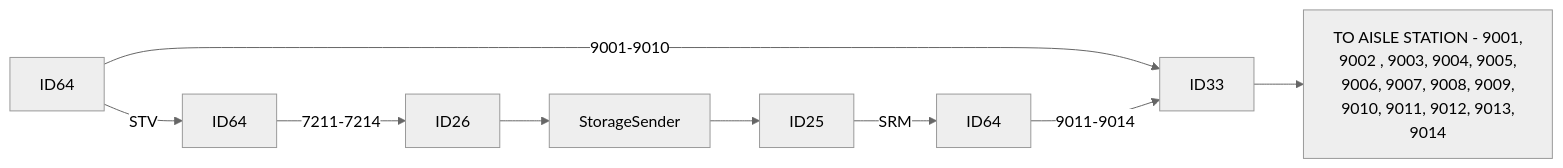
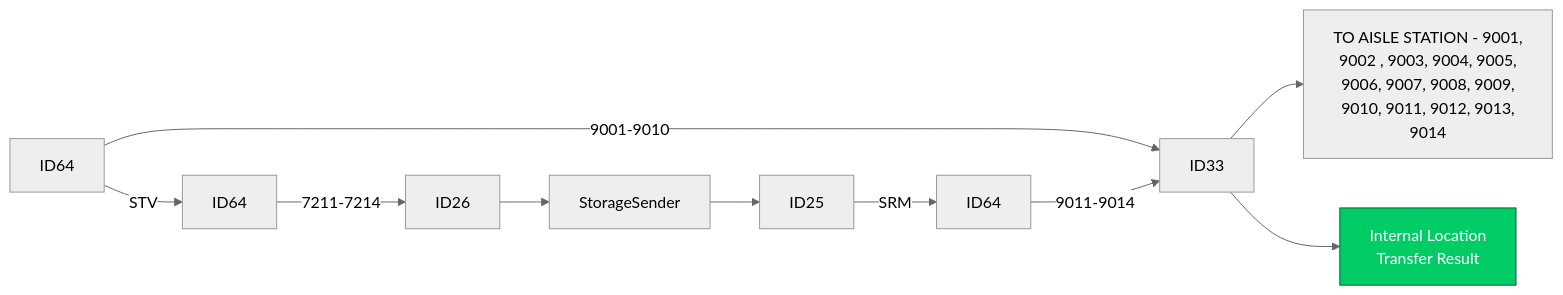
The third of 23 diagrams in Basic-Design/DFD-WMS/Retrieval/QC-Setting/QC-Work-from-Retrieval-for-Return-Stock.md (luthfiadityaa/SimeDarby-Wiki), drawn with Mermaid (neutral theme) before and after one commit. The commit also changed other lines of this file, not shown here.

```diff
--- a/Basic-Design/DFD-WMS/Retrieval/QC-Setting/QC-Work-from-Retrieval-for-Return-Stock.md
+++ b/Basic-Design/DFD-WMS/Retrieval/QC-Setting/QC-Work-from-Retrieval-for-Return-Stock.md
@@ -22,13 +30,20 @@
 ::: mermaid
 flowchart LR 
 P18[ID64]--> |STV| P19[ID64]--> |7211-7214| P20[ID26]-->P21[StorageSender]-->P22[ID25]--> |SRM| P23[ID64]
 
 P18[ID64]--> |9001-9010| P14[ID33]
 P23[ID64]--> |9011-9014| P14[ID33]
 
 P14[ID33]-->P1[TO AISLE STATION - 9001, 
 9002 , 9003, 9004, 9005, 
 9006, 9007, 9008, 9009, 
 9010, 9011, 9012, 9013, 
 9014]
+
+P14[ID33]-->P25[Internal Location 
+Transfer Result]
+
+click P25 "https://dev.azure.com/Daifuku-SW/ID_SimeDarbyPlantation/_wiki/wikis/ID_SimeDarbyPlantation.wiki/844/Internal-Location-Transfer-Result" "Go to ID26"
+style P25 fill:#00cc66,stroke:#006633,color:#ffffff
+
 :::
```
